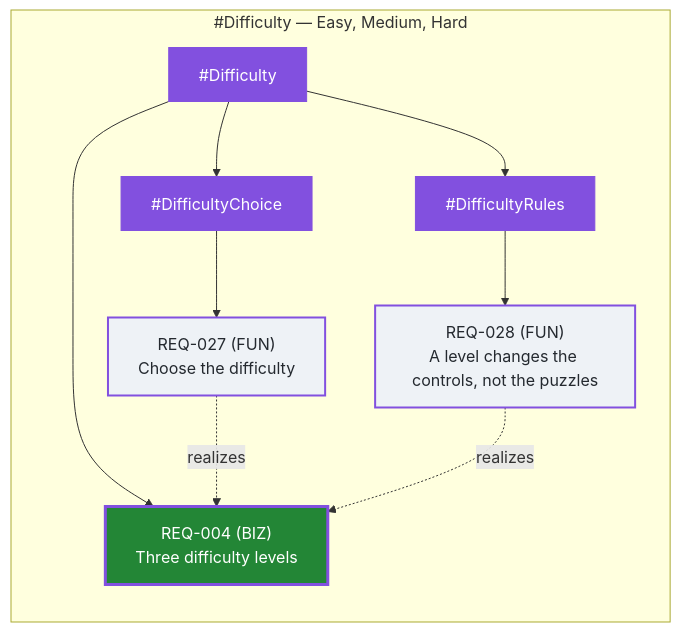
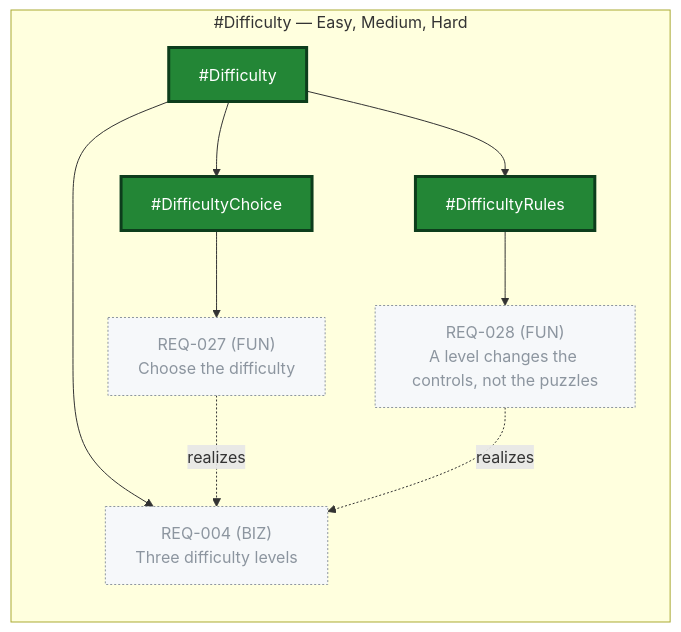
One commit to jamisuni/TangramNoAds changed the diagram in Requirements/views/feature-map-Difficulty.md. Above: the diagram before and after it, drawn with Mermaid. The commit also changed 111 other files, not shown here.

````diff
--- a/Requirements/views/feature-map-Difficulty.md
+++ b/Requirements/views/feature-map-Difficulty.md
@@ -7,33 +7,33 @@
 ```mermaid
 flowchart LR
   subgraph sg_Difficulty ["#Difficulty — Easy, Medium, Hard"]
-    Difficulty["#Difficulty"]:::featAi
-    REQ-004["REQ-004 (BIZ)<br/>Three difficulty levels"]:::bizAi
-    DifficultyChoice["#DifficultyChoice"]:::featAi
-    REQ-027["REQ-027 (FUN)<br/>Choose the difficulty"]:::funAi
-    DifficultyRules["#DifficultyRules"]:::featAi
-    REQ-028["REQ-028 (FUN)<br/>A level changes the controls, not the puzzles"]:::funAi
+    Difficulty["#Difficulty"]:::featLock
+    REQ-004["REQ-004 (BIZ)<br/>Three difficulty levels"]:::withdrawn
+    DifficultyChoice["#DifficultyChoice"]:::featLock
+    REQ-027["REQ-027 (FUN)<br/>Choose the difficulty"]:::withdrawn
+    DifficultyRules["#DifficultyRules"]:::featLock
+    REQ-028["REQ-028 (FUN)<br/>A level changes the controls, not the puzzles"]:::withdrawn
   end
   Difficulty --> REQ-004
   Difficulty --> DifficultyChoice
   DifficultyChoice --> REQ-027
   Difficulty --> DifficultyRules
   DifficultyRules --> REQ-028
   REQ-027 -.->|realizes| REQ-004
   REQ-028 -.->|realizes| REQ-004
   classDef feat fill:#1f6feb,color:#fff,stroke:#1f6feb
   classDef featIdea fill:#dbe4f3,color:#24292f,stroke:#1f6feb,stroke-dasharray: 4 3
   classDef featSpec fill:#0d5c2f,color:#fff,stroke:#0d5c2f
   classDef featLock fill:#238636,color:#fff,stroke:#0d3d1c,stroke-width:3px
   classDef biz fill:#238636,color:#fff,stroke:#0d3d1c,stroke-width:3px
   classDef fun fill:#eef2f6,color:#24292f,stroke:#57606a
   classDef ui fill:#fff8c5,color:#24292f,stroke:#9a6700
   classDef bizInf fill:#238636,color:#fff,stroke:#cf222e,stroke-dasharray: 5 5
   classDef funInf fill:#eef2f6,color:#24292f,stroke:#cf222e,stroke-dasharray: 5 5
   classDef uiInf fill:#fff8c5,color:#24292f,stroke:#cf222e,stroke-dasharray: 5 5
   classDef withdrawn fill:#f6f8fa,color:#8c959f,stroke:#8c959f,stroke-dasharray: 2 2
   classDef featAi fill:#8250df,color:#fff,stroke:#8250df
   classDef bizAi fill:#238636,color:#fff,stroke:#8250df,stroke-width:3px
   classDef funAi fill:#eef2f6,color:#24292f,stroke:#8250df,stroke-width:2px
   classDef uiAi fill:#fff8c5,color:#24292f,stroke:#8250df,stroke-width:2px
 ```
````
